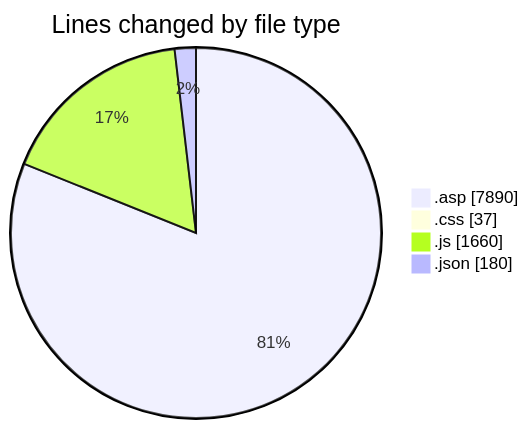
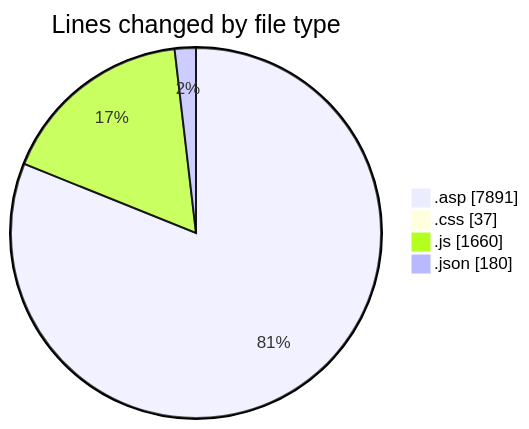
One commit to julien-gomy/code-tracking changed the first of 2 diagrams in 2025-11-02/cdp_aleoudev_fr__workspace_/README.md. Above: the diagram before and after it, drawn with Mermaid. The commit also changed other lines of this file and 1 other file, not shown here.

````diff
--- a/2025-11-02/cdp_aleoudev_fr__workspace_/README.md
+++ b/2025-11-02/cdp_aleoudev_fr__workspace_/README.md
@@ -28,8 +28,8 @@
 ```mermaid
 pie showData
 title Lines changed by file type
-".asp" : 7890
+".asp" : 7891
 ".css" : 37
 ".js" : 1660
 ".json" : 180
 ```
````
